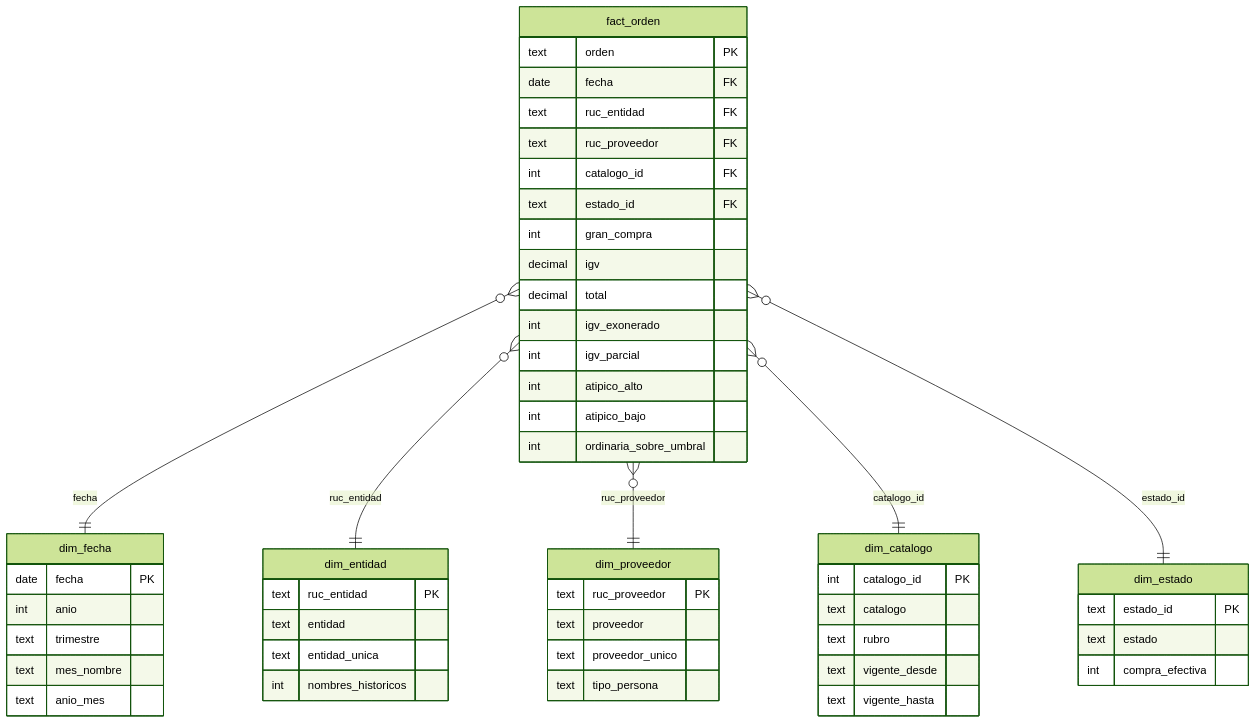
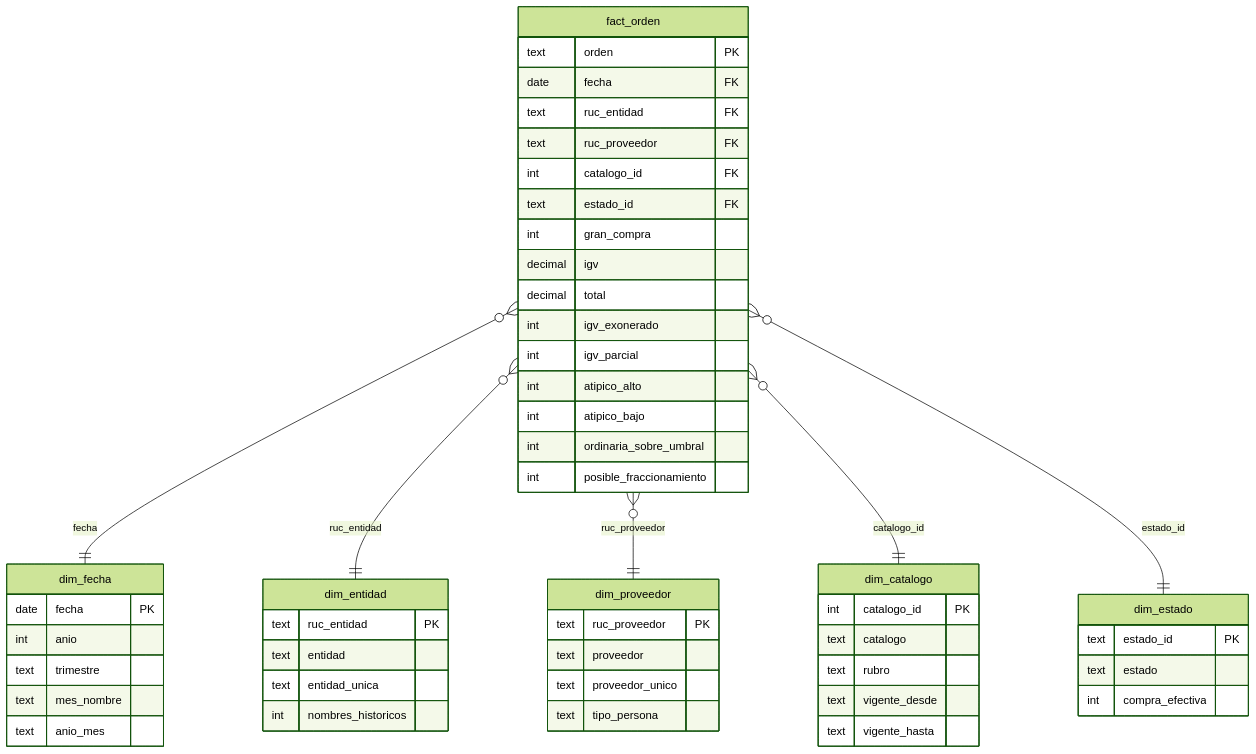
The second of 2 diagrams in docs/03_transformacion.md (MartinZapanaBerrospi/perucompras-procurement-analytics), drawn with Mermaid (forest theme) before and after one commit. The commit also changed other lines of this file and 89 other files, not shown here.

````diff
--- a/docs/03_transformacion.md
+++ b/docs/03_transformacion.md
@@ -44,56 +44,57 @@
 ```mermaid
 erDiagram
     fact_orden }o--|| dim_fecha : "fecha"
     fact_orden }o--|| dim_entidad : "ruc_entidad"
     fact_orden }o--|| dim_proveedor : "ruc_proveedor"
     fact_orden }o--|| dim_catalogo : "catalogo_id"
     fact_orden }o--|| dim_estado : "estado_id"
 
     fact_orden {
         text orden PK
         date fecha FK
         text ruc_entidad FK
         text ruc_proveedor FK
         int catalogo_id FK
         text estado_id FK
         int gran_compra
         decimal igv
         decimal total
         int igv_exonerado
         int igv_parcial
         int atipico_alto
         int atipico_bajo
         int ordinaria_sobre_umbral
+        int posible_fraccionamiento
     }
     dim_entidad {
         text ruc_entidad PK
         text entidad
         text entidad_unica
         int nombres_historicos
     }
     dim_proveedor {
         text ruc_proveedor PK
         text proveedor
         text proveedor_unico
         text tipo_persona
     }
     dim_catalogo {
         int catalogo_id PK
         text catalogo
         text rubro
         text vigente_desde
         text vigente_hasta
     }
     dim_estado {
         text estado_id PK
         text estado
         int compra_efectiva
     }
     dim_fecha {
         date fecha PK
         int anio
         text trimestre
         text mes_nombre
         text anio_mes
     }
 ```
````
